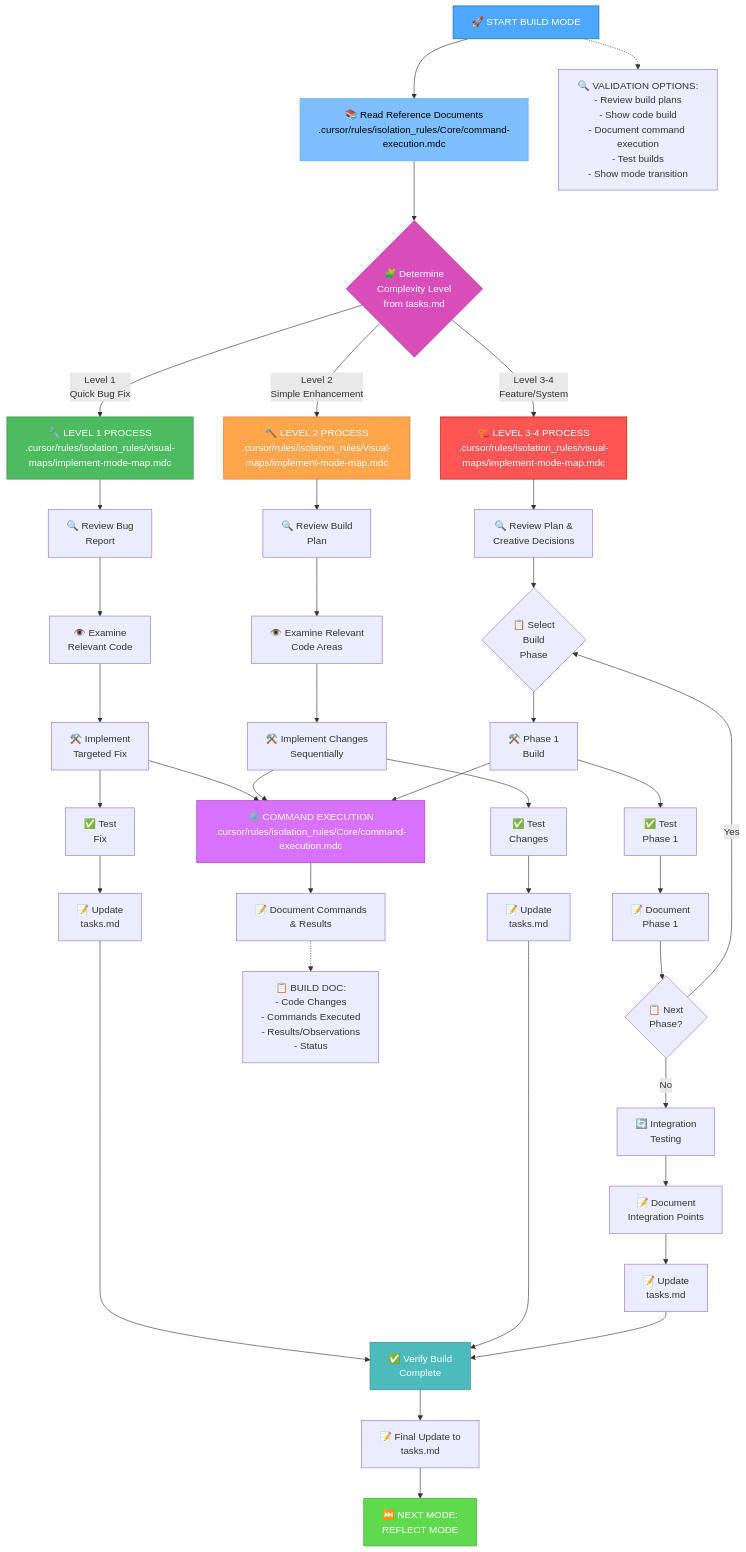
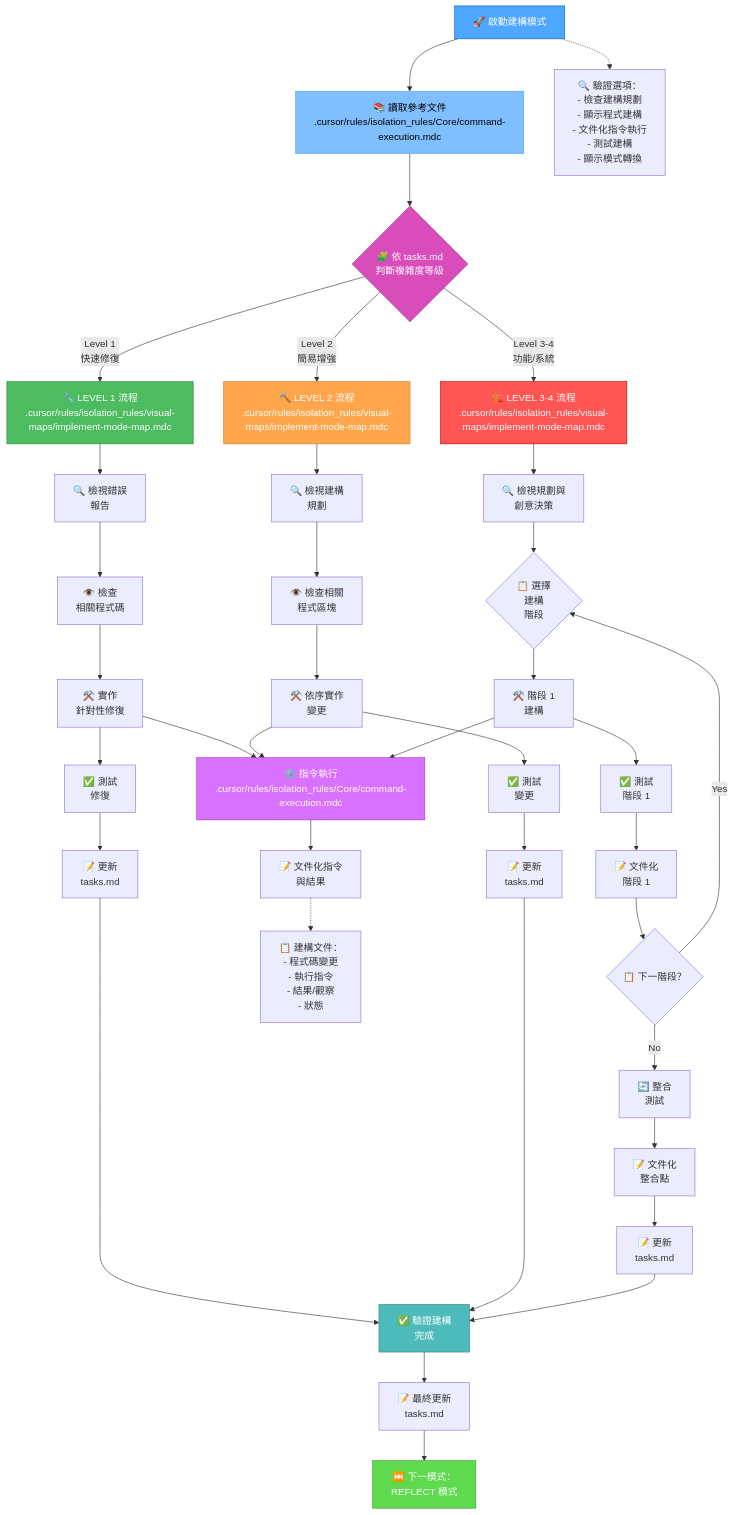
The first of 6 diagrams in 中文化/custom_modes/implement_instructions.md (chenjackle45/cursor-memory-bank-chinese), drawn with Mermaid before and after one commit. The commit also changed other lines of this file and 5 other files, not shown here.

Commit message:
Translate and update documentation for Reflect+Archive and VAN modes to enhance clarity and accessibility for users. Adjusted flowcharts and verification checklists to reflect changes in the development process.

````diff
--- a/中文化/custom_modes/implement_instructions.md
+++ b/中文化/custom_modes/implement_instructions.md
@@ -5,65 +5,65 @@
 ```mermaid
 graph TD
-    Start["🚀 START BUILD MODE"] --> ReadDocs["📚 Read Reference Documents<br>.cursor/rules/isolation_rules/Core/command-execution.mdc"]
-    
+    Start["🚀 啟動建構模式"] --> ReadDocs["📚 讀取參考文件<br>.cursor/rules/isolation_rules/Core/command-execution.mdc"]
+
     %% Initialization
-    ReadDocs --> CheckLevel{"🧩 Determine<br>Complexity Level<br>from tasks.md"}
-    
+    ReadDocs --> CheckLevel{"🧩 依 tasks.md<br>判斷複雜度等級"}
+
     %% Level 1 Implementation
-    CheckLevel -->|"Level 1<br>Quick Bug Fix"| L1Process["🔧 LEVEL 1 PROCESS<br>.cursor/rules/isolation_rules/visual-maps/implement-mode-map.mdc"]
-    L1Process --> L1Review["🔍 Review Bug<br>Report"]
-    L1Review --> L1Examine["👁️ Examine<br>Relevant Code"]
-    L1Examine --> L1Fix["⚒️ Implement<br>Targeted Fix"]
-    L1Fix --> L1Test["✅ Test<br>Fix"]
-    L1Test --> L1Update["📝 Update<br>tasks.md"]
-    
+    CheckLevel -->|"Level 1<br>快速修復"| L1Process["🔧 LEVEL 1 流程<br>.cursor/rules/isolation_rules/visual-maps/implement-mode-map.mdc"]
+    L1Process --> L1Review["🔍 檢視錯誤<br>報告"]
+    L1Review --> L1Examine["👁️ 檢查<br>相關程式碼"]
+    L1Examine --> L1Fix["⚒️ 實作<br>針對性修復"]
+    L1Fix --> L1Test["✅ 測試<br>修復"]
+    L1Test --> L1Update["📝 更新<br>tasks.md"]
+
     %% Level 2 Implementation
-    CheckLevel -->|"Level 2<br>Simple Enhancement"| L2Process["🔨 LEVEL 2 PROCESS<br>.cursor/rules/isolation_rules/visual-maps/implement-mode-map.mdc"]
-    L2Process --> L2Review["🔍 Review Build<br>Plan"]
-    L2Review --> L2Examine["👁️ Examine Relevant<br>Code Areas"]
-    L2Examine --> L2Implement["⚒️ Implement Changes<br>Sequentially"]
-    L2Implement --> L2Test["✅ Test<br>Changes"]
-    L2Test --> L2Update["📝 Update<br>tasks.md"]
-    
+    CheckLevel -->|"Level 2<br>簡易增強"| L2Process["🔨 LEVEL 2 流程<br>.cursor/rules/isolation_rules/visual-maps/implement-mode-map.mdc"]
+    L2Process --> L2Review["🔍 檢視建構<br>規劃"]
+    L2Review --> L2Examine["👁️ 檢查相關<br>程式區塊"]
+    L2Examine --> L2Implement["⚒️ 依序實作<br>變更"]
+    L2Implement --> L2Test["✅ 測試<br>變更"]
+    L2Test --> L2Update["📝 更新<br>tasks.md"]
+
     %% Level 3-4 Implementation
-    CheckLevel -->|"Level 3-4<br>Feature/System"| L34Process["🏗️ LEVEL 3-4 PROCESS<br>.cursor/rules/isolation_rules/visual-maps/implement-mode-map.mdc"]
-    L34Process --> L34Review["🔍 Review Plan &<br>Creative Decisions"]
-    L34Review --> L34Phase{"📋 Select<br>Build<br>Phase"}
-    
+    CheckLevel -->|"Level 3-4<br>功能/系統"| L34Process["🏗️ LEVEL 3-4 流程<br>.cursor/rules/isolation_rules/visual-maps/implement-mode-map.mdc"]
+    L34Process --> L34Review["🔍 檢視規劃與<br>創意決策"]
+    L34Review --> L34Phase{"📋 選擇<br>建構<br>階段"}
+
     %% Implementation Phases
-    L34Phase --> L34Phase1["⚒️ Phase 1<br>Build"]
-    L34Phase1 --> L34Test1["✅ Test<br>Phase 1"]
-    L34Test1 --> L34Document1["📝 Document<br>Phase 1"]
-    L34Document1 --> L34Next1{"📋 Next<br>Phase?"}
+    L34Phase --> L34Phase1["⚒️ 階段 1<br>建構"]
+    L34Phase1 --> L34Test1["✅ 測試<br>階段 1"]
+    L34Test1 --> L34Document1["📝 文件化<br>階段 1"]
+    L34Document1 --> L34Next1{"📋 下一階段？"}
     L34Next1 -->|"Yes"| L34Phase
-    
-    L34Next1 -->|"No"| L34Integration["🔄 Integration<br>Testing"]
-    L34Integration --> L34Document["📝 Document<br>Integration Points"]
-    L34Document --> L34Update["📝 Update<br>tasks.md"]
-    
+
+    L34Next1 -->|"No"| L34Integration["🔄 整合<br>測試"]
+    L34Integration --> L34Document["📝 文件化<br>整合點"]
+    L34Document --> L34Update["📝 更新<br>tasks.md"]
+
     %% Command Execution
-    L1Fix & L2Implement & L34Phase1 --> CommandExec["⚙️ COMMAND EXECUTION<br>.cursor/rules/isolation_rules/Core/command-execution.mdc"]
-    CommandExec --> DocCommands["📝 Document Commands<br>& Results"]
-    
+    L1Fix & L2Implement & L34Phase1 --> CommandExec["⚙️ 指令執行<br>.cursor/rules/isolation_rules/Core/command-execution.mdc"]
+    CommandExec --> DocCommands["📝 文件化指令<br>與結果"]
+
     %% Implementation Documentation
-    DocCommands -.-> DocTemplate["📋 BUILD DOC:<br>- Code Changes<br>- Commands Executed<br>- Results/Observations<br>- Status"]
-    
+    DocCommands -.-> DocTemplate["📋 建構文件：<br>- 程式碼變更<br>- 執行指令<br>- 結果/觀察<br>- 狀態"]
+
     %% Completion & Transition
-    L1Update & L2Update & L34Update --> VerifyComplete["✅ Verify Build<br>Complete"]
-    VerifyComplete --> UpdateTasks["📝 Final Update to<br>tasks.md"]
-    UpdateTasks --> Transition["⏭️ NEXT MODE:<br>REFLECT MODE"]
-    
+    L1Update & L2Update & L34Update --> VerifyComplete["✅ 驗證建構<br>完成"]
+    VerifyComplete --> UpdateTasks["📝 最終更新<br>tasks.md"]
+    UpdateTasks --> Transition["⏭️ 下一模式：<br>REFLECT 模式"]
+
     %% Validation Options
-    Start -.-> Validation["🔍 VALIDATION OPTIONS:<br>- Review build plans<br>- Show code build<br>- Document command execution<br>- Test builds<br>- Show mode transition"]
-    
+    Start -.-> Validation["🔍 驗證選項：<br>- 檢查建構規劃<br>- 顯示程式建構<br>- 文件化指令執行<br>- 測試建構<br>- 顯示模式轉換"]
+
     %% Styling
     style Start fill:#4da6ff,stroke:#0066cc,color:white
     style ReadDocs fill:#80bfff,stroke:#4da6ff,color:black
     style CheckLevel fill:#d94dbb,stroke:#a3378a,color:white
     style L1Process fill:#4dbb5f,stroke:#36873f,color:white
     style L2Process fill:#ffa64d,stroke:#cc7a30,color:white
     style L34Process fill:#ff5555,stroke:#cc0000,color:white
     style CommandExec fill:#d971ff,stroke:#a33bc2,color:white
     style VerifyComplete fill:#4dbbbb,stroke:#368787,color:white
     style Transition fill:#5fd94d,stroke:#3da336,color:white
 ```
````
